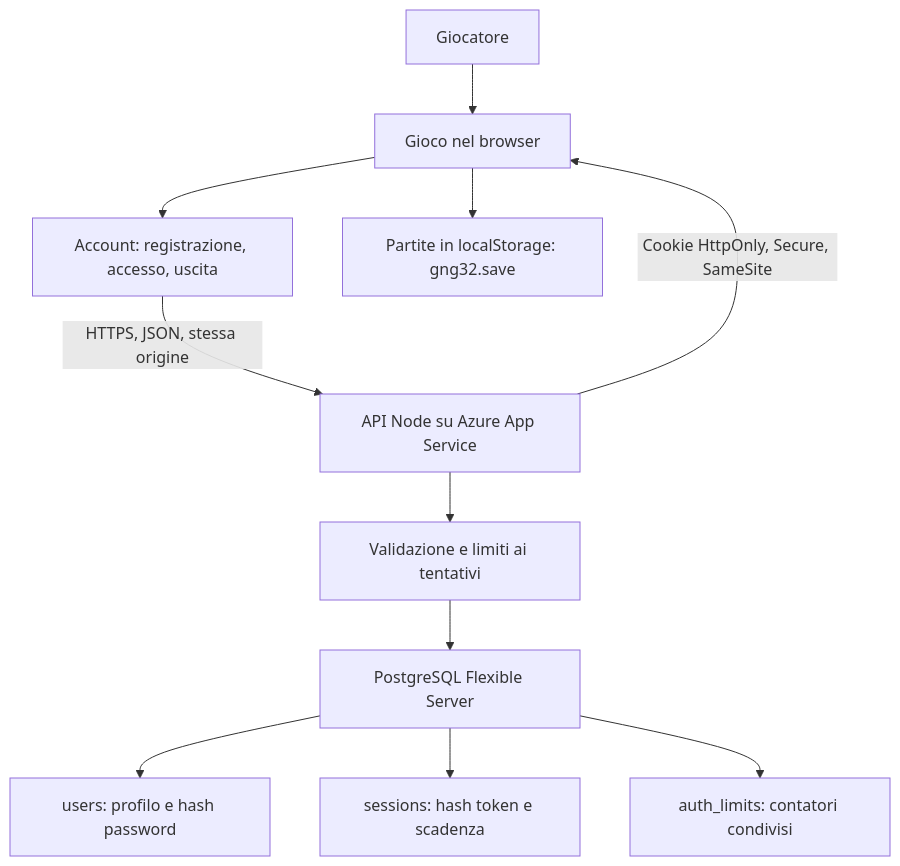
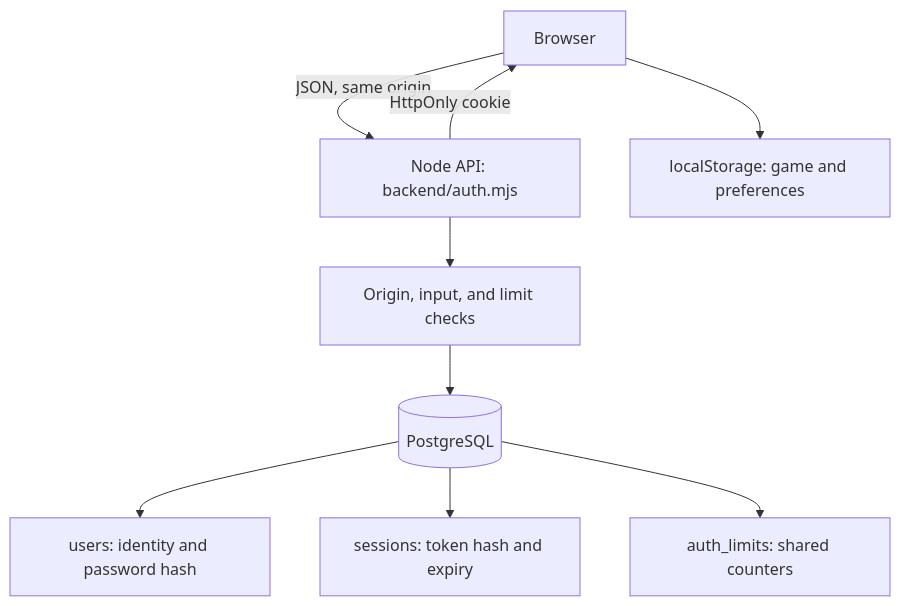
The first of 2 diagrams in documentation/authentication.md (NASA-SPACEAPP-2026/Space-Mission-Design-Game), drawn with Mermaid before and after one commit. The commit also changed other lines of this file and 23 other files, not shown here.

````diff
--- a/documentation/authentication.md
+++ b/documentation/authentication.md
@@ -7,13 +13,11 @@
 ```mermaid
 flowchart TD
-  A[Giocatore] --> B[Gioco nel browser]
-  B --> C[Account: registrazione, accesso, uscita]
-  C -->|HTTPS, JSON, stessa origine| D[API Node su Azure App Service]
-  D --> E[Validazione e limiti ai tentativi]
-  E --> F[PostgreSQL Flexible Server]
-  F --> U[users: profilo e hash password]
-  F --> S[sessions: hash token e scadenza]
-  F --> L[auth_limits: contatori condivisi]
-  D -->|Cookie HttpOnly, Secure, SameSite| B
-  B --> P[Partite in localStorage: gng32.save]
+  B[Browser] -->|JSON, same origin| A[Node API: backend/auth.mjs]
+  A --> V[Origin, input, and limit checks]
+  V --> D[(PostgreSQL)]
+  D --> U[users: identity and password hash]
+  D --> S[sessions: token hash and expiry]
+  D --> L[auth_limits: shared counters]
+  A -->|HttpOnly cookie| B
+  B --> P[localStorage: game and preferences]
 ```
````
